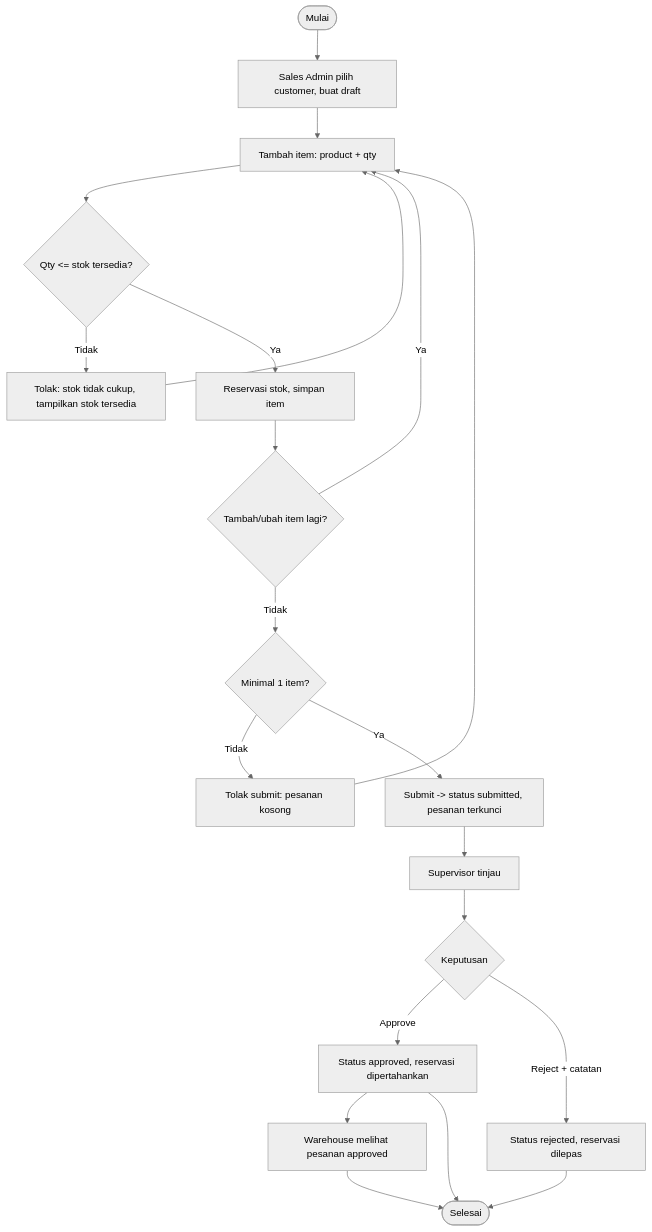
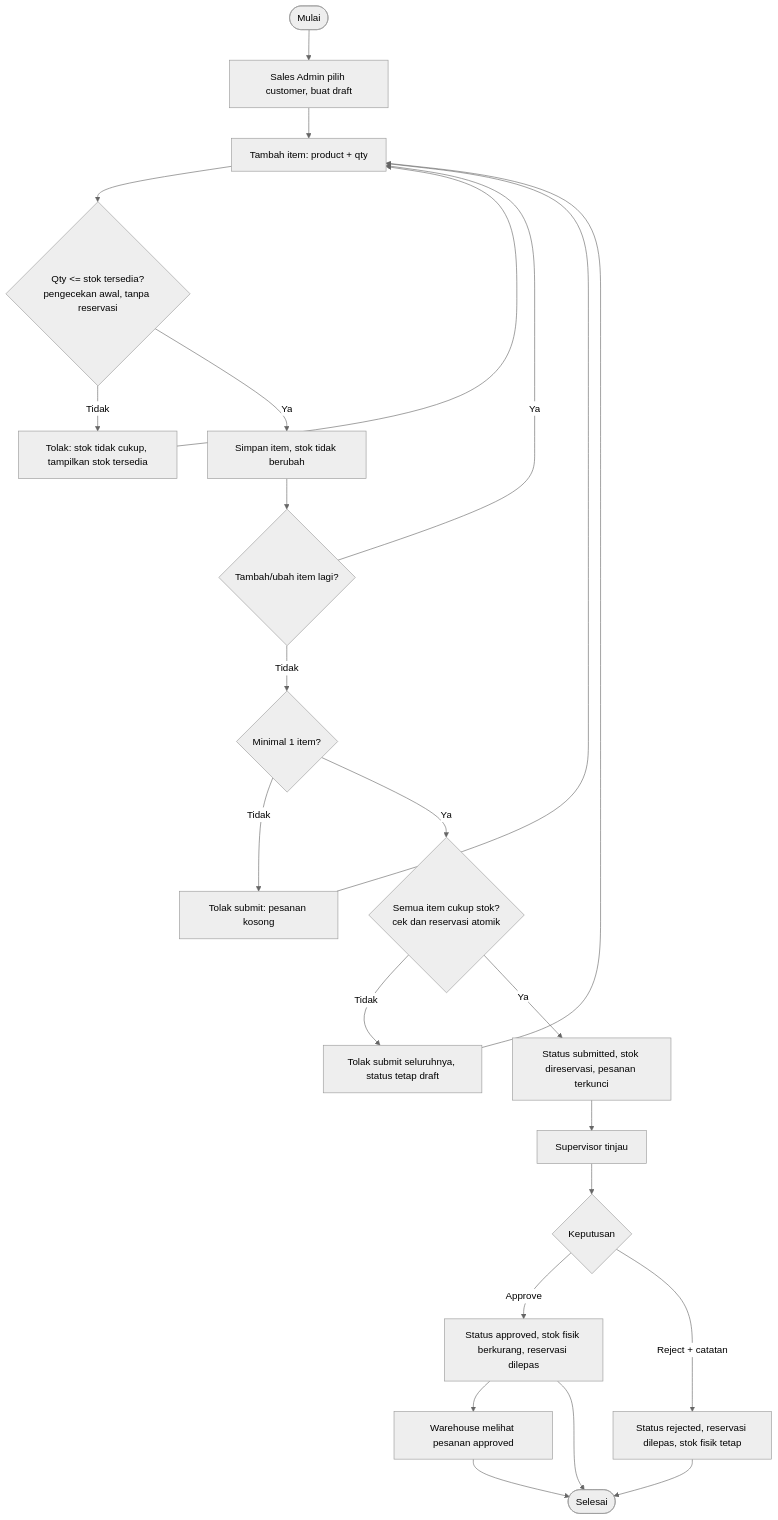
One commit to riansefriadi/training-02-project changed the third of 8 diagrams in docs/design/07-diagrams.md. Above: the diagram before and after it, drawn with Mermaid (neutral theme). The commit also changed other lines of this file and 9 other files, not shown here.

First line of the commit message:
docs: apply minimum business rules (reserve on submit, deduct on approve)

````diff
--- a/docs/design/07-diagrams.md
+++ b/docs/design/07-diagrams.md
@@ -56,21 +56,23 @@
 ```mermaid
 flowchart TD
     A([Mulai]) --> B[Sales Admin pilih customer, buat draft]
     B --> C[Tambah item: product + qty]
-    C --> D{Qty <= stok tersedia?}
+    C --> D{Qty <= stok tersedia?<br/>pengecekan awal, tanpa reservasi}
     D -- Tidak --> E[Tolak: stok tidak cukup, tampilkan stok tersedia] --> C
-    D -- Ya --> F[Reservasi stok, simpan item]
+    D -- Ya --> F[Simpan item, stok tidak berubah]
     F --> G{Tambah/ubah item lagi?}
     G -- Ya --> C
     G -- Tidak --> H{Minimal 1 item?}
     H -- Tidak --> I[Tolak submit: pesanan kosong] --> C
-    H -- Ya --> J[Submit -> status submitted, pesanan terkunci]
+    H -- Ya --> R{Semua item cukup stok?<br/>cek dan reservasi atomik}
+    R -- Tidak --> S[Tolak submit seluruhnya, status tetap draft] --> C
+    R -- Ya --> J[Status submitted, stok direservasi, pesanan terkunci]
     J --> K[Supervisor tinjau]
     K --> L{Keputusan}
-    L -- Approve --> M[Status approved, reservasi dipertahankan]
-    L -- Reject + catatan --> N[Status rejected, reservasi dilepas]
+    L -- Approve --> M[Status approved, stok fisik berkurang, reservasi dilepas]
+    L -- Reject + catatan --> N[Status rejected, reservasi dilepas, stok fisik tetap]
     M --> O[Warehouse melihat pesanan approved]
     M --> P([Selesai])
     N --> P
     O --> P
 ```
````
